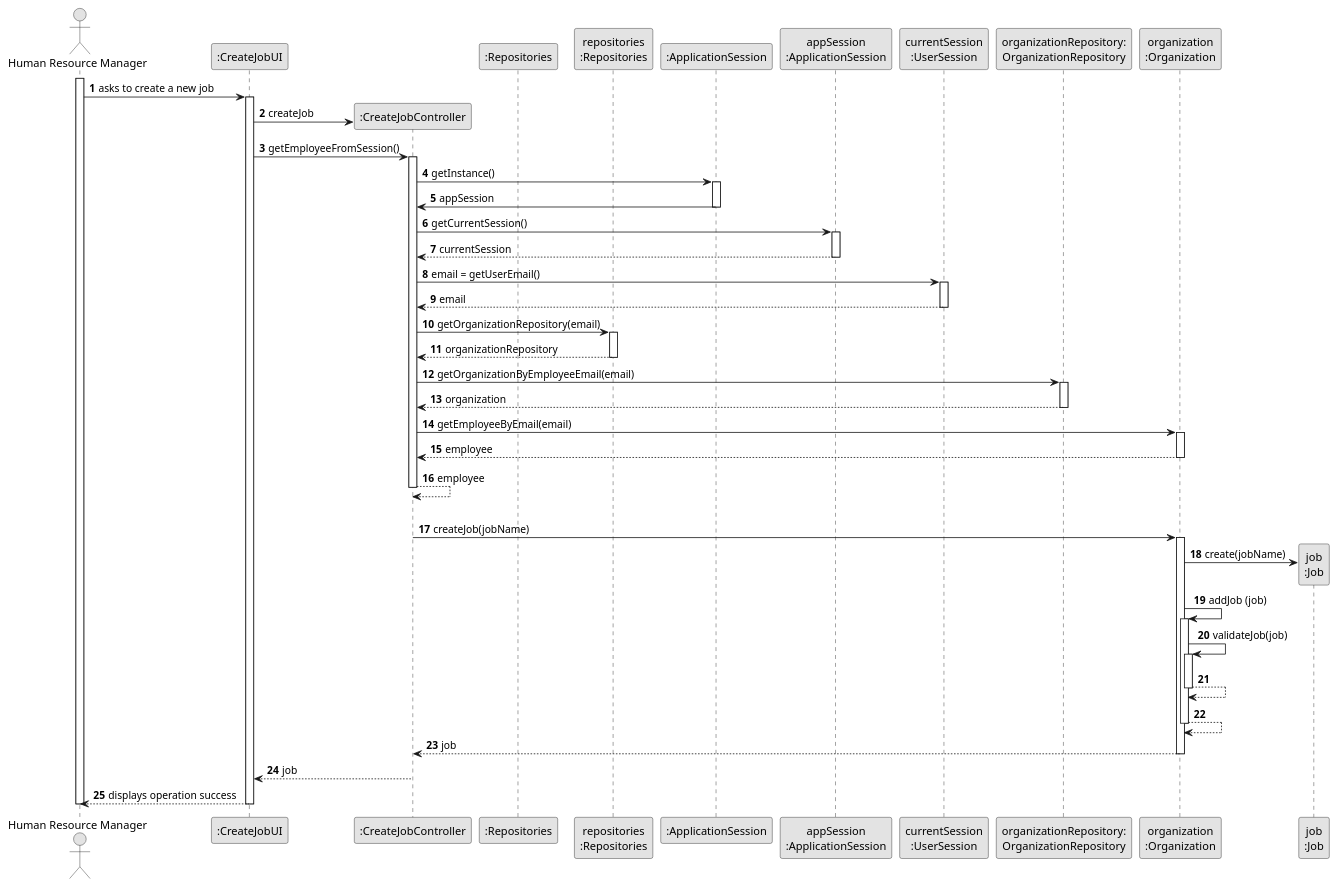
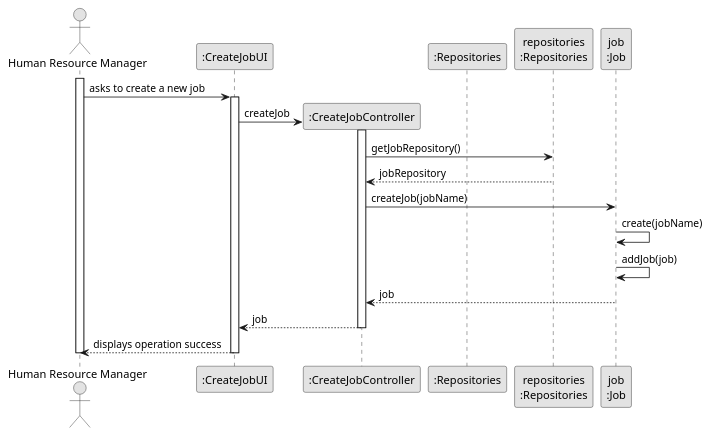
One commit to Departamento-de-Engenharia-Informatica/greenspace-management changed the diagram in docs/sprintB/us002/03.design/puml/us002-sequence-diagram-full.puml. Above: the diagram before and after it, drawn with PlantUML. The commit also changed 7 other files, not shown here.

Commit message:
improves on diagrams

```diff
--- a/docs/sprintB/us002/03.design/puml/us002-sequence-diagram-full.puml
+++ b/docs/sprintB/us002/03.design/puml/us002-sequence-diagram-full.puml
@@ -1,102 +1,37 @@
 @startuml
 skinparam monochrome true
 skinparam packageStyle rectangle
 skinparam shadowing false
 
-autonumber
-
-'hide footbox
 actor "Human Resource Manager" as HRM
 participant ":CreateJobUI" as UI
 participant ":CreateJobController" as CTRL
 participant ":Repositories" as RepositorySingleton
 participant "repositories\n:Repositories" as PLAT
-participant ":ApplicationSession" as _APP
-participant "appSession\n:ApplicationSession" as APP
-participant "currentSession\n:UserSession" as SESSAO
-participant "organizationRepository:\nOrganizationRepository" as OrganizationRepository
-participant "organization\n:Organization" as ORG
 participant "job\n:Job" as JOB
 
 activate HRM
 
-        HRM -> UI : asks to create a new job
+HRM -> UI : asks to create a new job
 
-        activate UI
+activate UI
 
-            UI -> CTRL** : createJob
+UI -> CTRL** : createJob
 
-            UI -> CTRL : getEmployeeFromSession()
-            activate CTRL
+activate CTRL
 
-                CTRL -> _APP: getInstance()
-                activate _APP
-                    _APP -> CTRL: appSession
-                deactivate _APP
+CTRL -> PLAT: getJobRepository()
+PLAT --> CTRL: jobRepository
 
+CTRL -> JOB: createJob(jobName)
+JOB -> JOB: create(jobName)
+JOB -> JOB: addJob(job)
 
-                CTRL -> APP: getCurrentSession()
-                activate APP
+JOB --> CTRL : job
 
-                    APP --> CTRL: currentSession
-                deactivate APP
-
-                CTRL -> SESSAO: email = getUserEmail()
-                activate SESSAO
-
-                    SESSAO --> CTRL: email
-                deactivate SESSAO
-
-
-                CTRL -> PLAT: getOrganizationRepository(email)
-                activate PLAT
-
-                    PLAT --> CTRL: organizationRepository
-                deactivate PLAT
-
-
-                CTRL -> OrganizationRepository: getOrganizationByEmployeeEmail(email)
-                activate OrganizationRepository
-
-
-                    OrganizationRepository --> CTRL : organization
-                deactivate OrganizationRepository
-
-                CTRL -> ORG: getEmployeeByEmail(email)
-                activate ORG
-
-                    ORG --> CTRL : employee
-                deactivate ORG
-
-                CTRL --> CTRL : employee
-            deactivate CTRL
-
-            |||
-            CTRL -> ORG: createJob(jobName)
-            activate ORG
-
-                ORG -> JOB**: create(jobName)
-                ORG -> ORG: addJob (job)
-
-
-                activate ORG
-                    ORG -> ORG: validateJob(job)
-                    activate ORG
-                        ORG --> ORG
-                    deactivate ORG
-
-                    ORG --> ORG
-                deactivate ORG
-
-                ORG --> CTRL : job
-
-            deactivate ORG
-
-            CTRL --> UI: job
-            deactivate CTRL
-            UI --> HRM: displays operation success
-    deactivate UI
-
+CTRL --> UI: job
+deactivate CTRL
+UI --> HRM: displays operation success
+deactivate UI
 deactivate HRM
-
 @enduml
```
